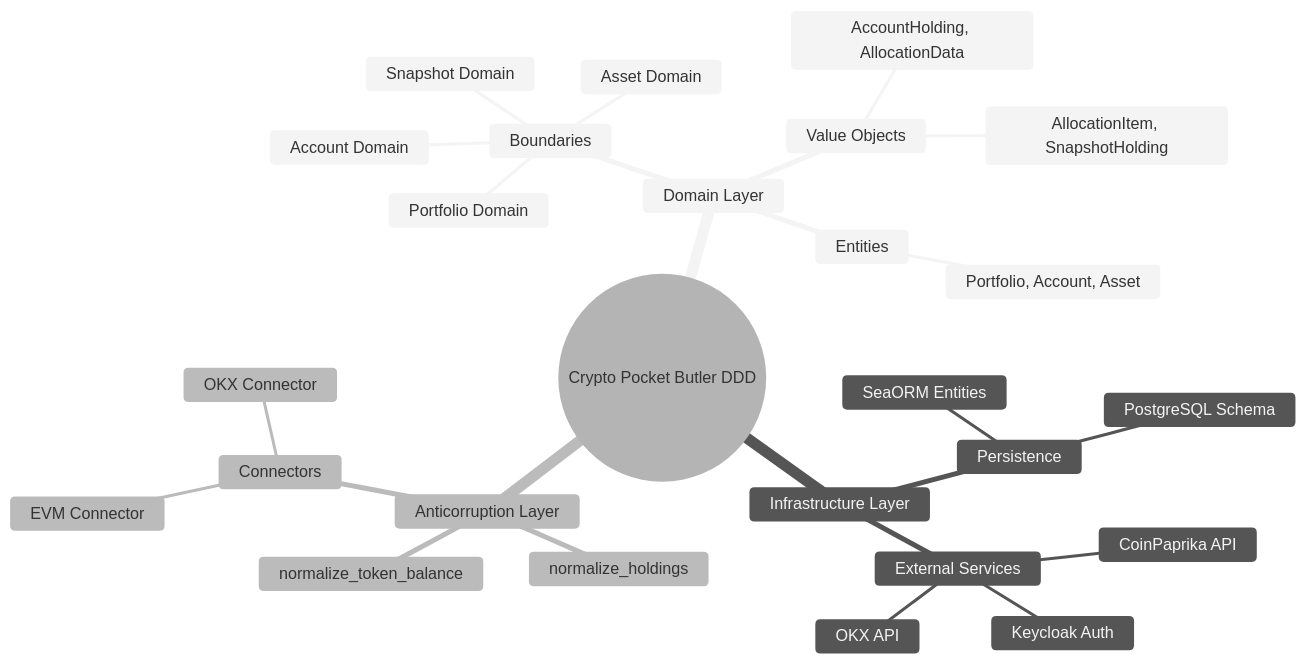
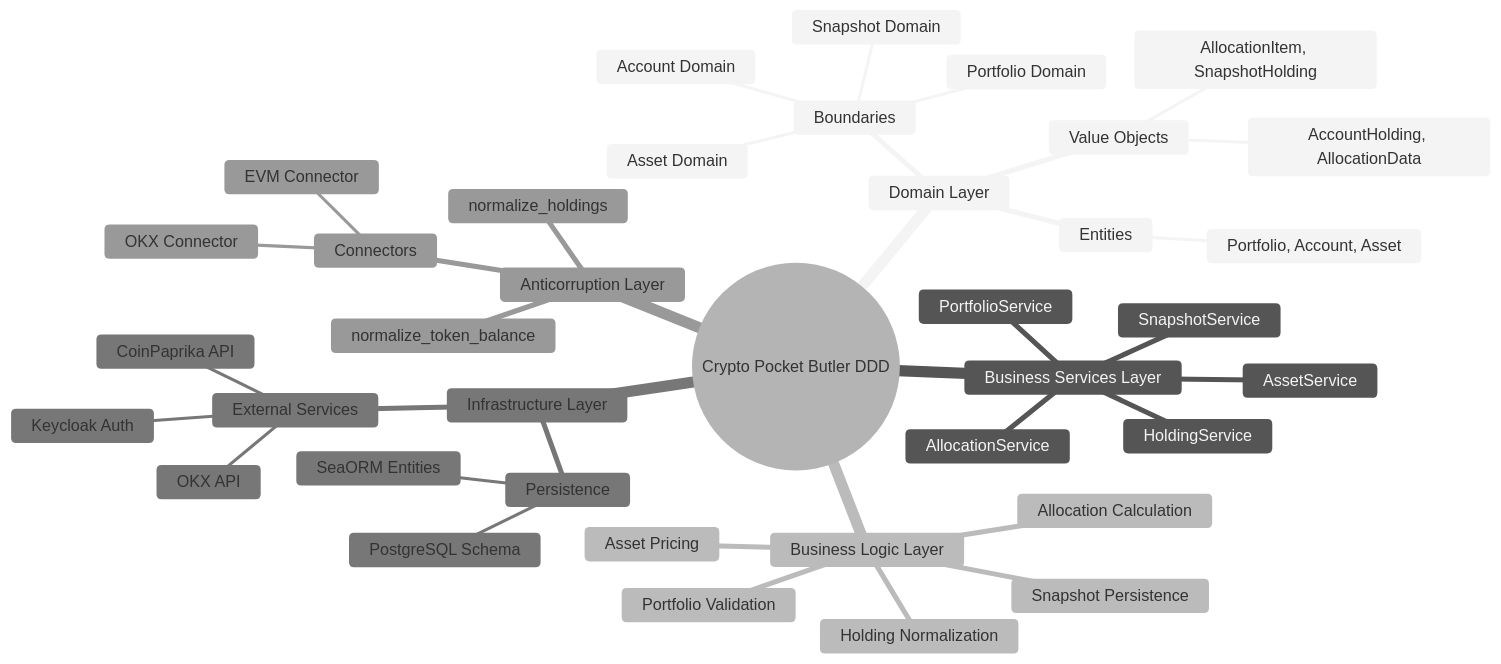
Diagram 13 of 13 in docs/architecture/backend.md (doitsu2014/crypto-pocket-butler), drawn with Mermaid (neutral theme) before and after one commit. The commit also changed other lines of this file, not shown here.

First line of the commit message:
docs: Add Business Services and Business Logic layer diagrams

````diff
--- a/docs/architecture/backend.md
+++ b/docs/architecture/backend.md
@@ -351,29 +519,41 @@
 ```mermaid
 mindmap
   root((Crypto Pocket Butler DDD))
     Domain Layer
       Boundaries
         Portfolio Domain
         Asset Domain
         Account Domain
         Snapshot Domain
       Entities
         Portfolio, Account, Asset
       Value Objects
         AllocationItem, SnapshotHolding
         AccountHolding, AllocationData
+    Business Services Layer
+      PortfolioService
+      AssetService
+      HoldingService
+      SnapshotService
+      AllocationService
+    Business Logic Layer
+      Portfolio Validation
+      Asset Pricing
+      Holding Normalization
+      Allocation Calculation
+      Snapshot Persistence
     Infrastructure Layer
       Persistence
         SeaORM Entities
         PostgreSQL Schema
       External Services
         Keycloak Auth
         CoinPaprika API
         OKX API
     Anticorruption Layer
       Connectors
         EVM Connector
         OKX Connector
       normalize_token_balance
       normalize_holdings
 ```
````
